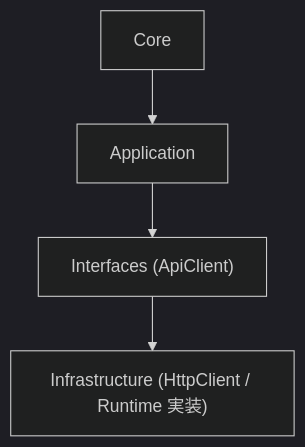
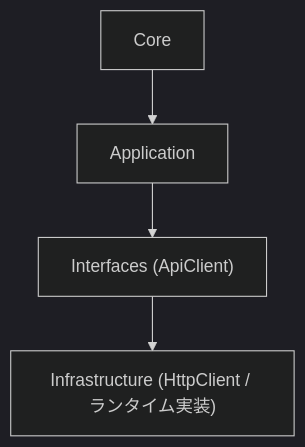
Before and after one commit to stein2nd/s2j-similarity-service: the second of 13 diagrams in docs/architecture.md, drawn with Mermaid (dark theme). The commit also changed other lines of this file and 21 other files, not shown here.

````diff
--- a/docs/architecture.md
+++ b/docs/architecture.md
@@ -318,6 +318,6 @@
 ```mermaid id="runtime_arch"
 flowchart TD
   A["Core"] --> B["Application"]
   B --> C["Interfaces (ApiClient)"]
-  C --> D["Infrastructure (HttpClient / Runtime 実装)"]
+  C --> D["Infrastructure (HttpClient / ランタイム実装)"]
 ```
````
